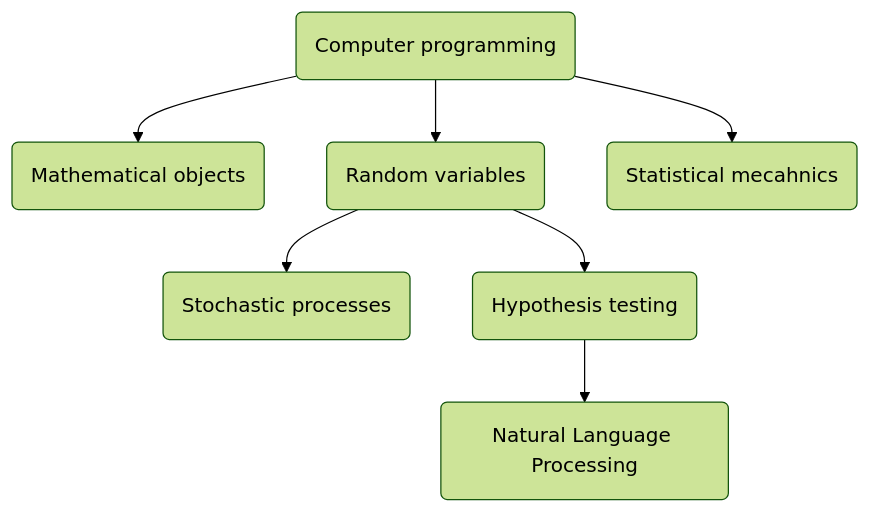
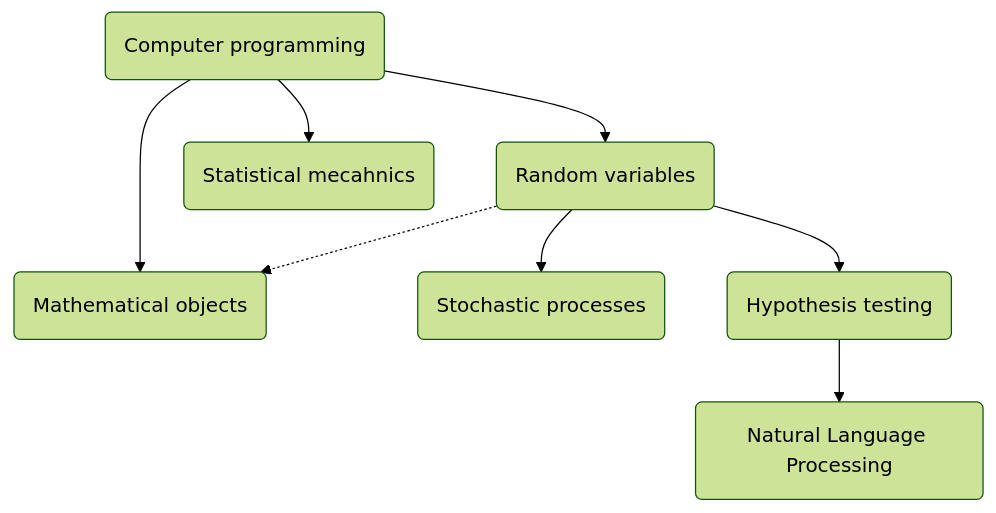
The diagram in README.md (autofeedback-exercises/website), drawn with Mermaid (forest theme) before and after one commit. The commit also changed other lines of this file, not shown here.

````diff
--- a/README.md
+++ b/README.md
@@ -12,16 +12,17 @@
 ```mermaid
 flowchart TD
    cp(Computer programming) --> ob(Mathematical objects)
    cp --> prob(Random variables)
+   prob -.-> ob
    prob --> stoch(Stochastic processes)
    cp --> statmech(Statistical mecahnics)
    prob --> hypo(Hypothesis testing)
    hypo --> nlp(Natural Language Processing)
    click cp "Programming.html" "Material to remind you how to manipulate lists of numbers and plot graphs using python"
    click ob "Objects.html" "Exercises showing you how we can represent real-world phenomena using mathematical objects"
    click prob "Random_variables.html" "An introduction to using probability and the theory of random variables to describe phenomena"
    click stoch "Stochastic_processes.html" "Models for describing how systems evolve over time in a random manner"
    click statmech "https://www.plumed-tutorials.org/lessons/25/004/data/NAVIGATION.html" "Statistical mechanics is a topic in physics that allows us to use the understanding of atoms that emerges from quantum mechanics to develop theories that describe how large numbers of atoms will behave"
    click hypo "Hypothesis.html" "Material on how we can use hypothesis testing to test if a proposition is true or false"
    click nlp "Language.html" "Material on processing written language using mathematics"
 ```
````
